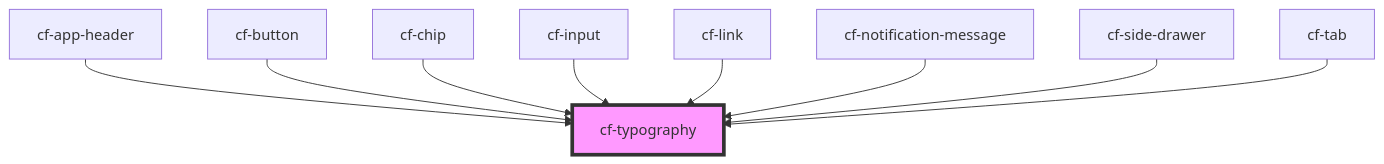
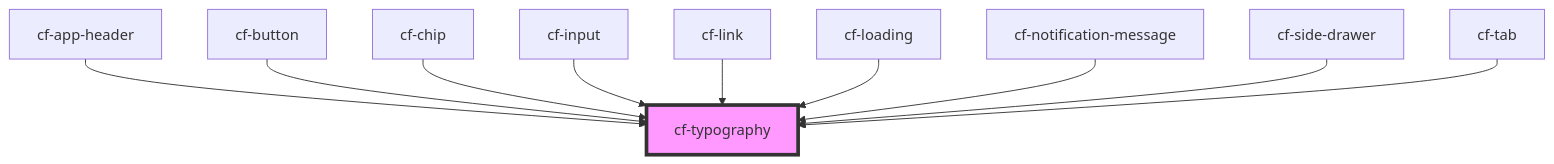
Before and after one commit to DriLLFreAK100/codefee-component: the diagram in src/components/cf-typography/readme.md, drawn with Mermaid. The commit also changed other lines of this file and 10 other files, not shown here.

````diff
--- a/src/components/cf-typography/readme.md
+++ b/src/components/cf-typography/readme.md
@@ -30,12 +31,13 @@
 ```mermaid
 graph TD;
   cf-app-header --> cf-typography
   cf-button --> cf-typography
   cf-chip --> cf-typography
   cf-input --> cf-typography
   cf-link --> cf-typography
+  cf-loading --> cf-typography
   cf-notification-message --> cf-typography
   cf-side-drawer --> cf-typography
   cf-tab --> cf-typography
   style cf-typography fill:#f9f,stroke:#333,stroke-width:4px
 ```
````
